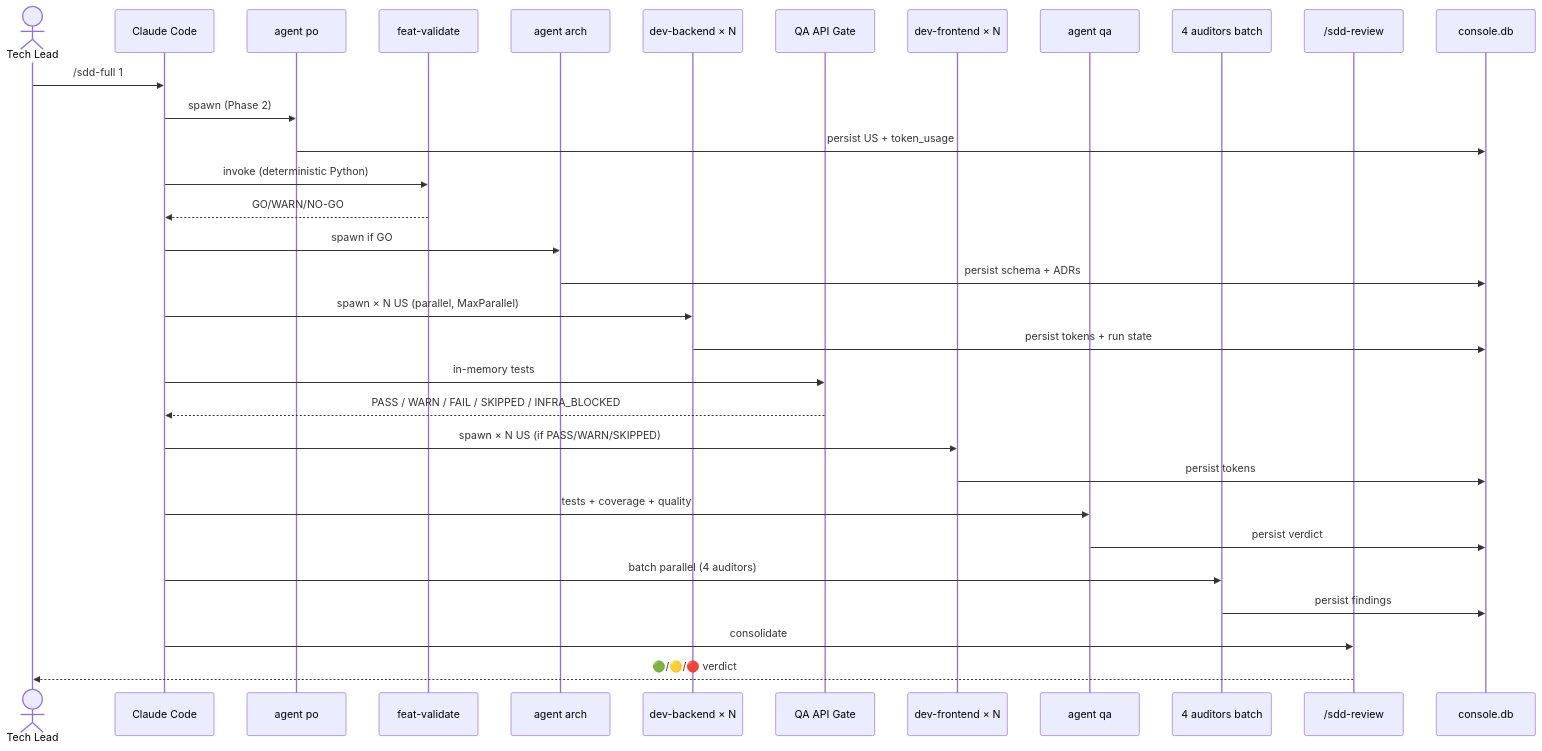
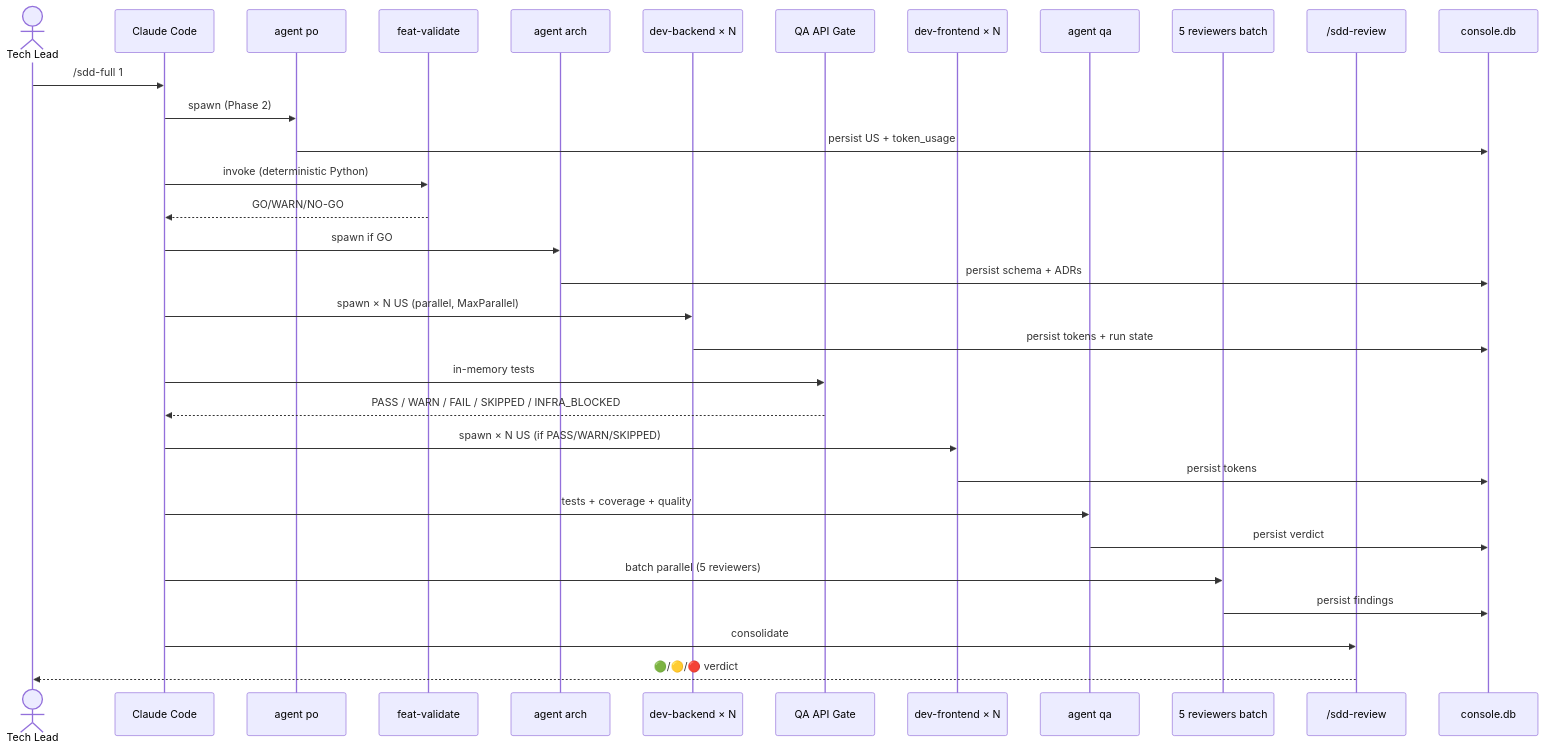
The second of 3 diagrams in .claude/docs/architecture.md (MOULAYID/AI-Calorie-Tracker), drawn with Mermaid before and after one commit. The commit also changed other lines of this file and 35 other files, not shown here.

````diff
--- a/.claude/docs/architecture.md
+++ b/.claude/docs/architecture.md
@@ -56,35 +56,35 @@
 ```mermaid
 sequenceDiagram
     actor TL as Tech Lead
     participant CC as Claude Code
     participant PO as agent po
     participant Val as feat-validate
     participant Arch as agent arch
     participant DevB as dev-backend × N
     participant Gate as QA API Gate
     participant DevF as dev-frontend × N
     participant QA as agent qa
-    participant Aud as 4 auditors batch
+    participant Aud as 5 reviewers batch
     participant Rev as /sdd-review
     participant DB as console.db
 
     TL->>CC: /sdd-full 1
     CC->>PO: spawn (Phase 2)
     PO->>DB: persist US + token_usage
     CC->>Val: invoke (deterministic Python)
     Val-->>CC: GO/WARN/NO-GO
     CC->>Arch: spawn if GO
     Arch->>DB: persist schema + ADRs
     CC->>DevB: spawn × N US (parallel, MaxParallel)
     DevB->>DB: persist tokens + run state
     CC->>Gate: in-memory tests
     Gate-->>CC: PASS / WARN / FAIL / SKIPPED / INFRA_BLOCKED
     CC->>DevF: spawn × N US (if PASS/WARN/SKIPPED)
     DevF->>DB: persist tokens
     CC->>QA: tests + coverage + quality
     QA->>DB: persist verdict
-    CC->>Aud: batch parallel (4 auditors)
+    CC->>Aud: batch parallel (5 reviewers)
     Aud->>DB: persist findings
     CC->>Rev: consolidate
     Rev-->>TL: 🟢/🟡/🔴 verdict
 ```
````
